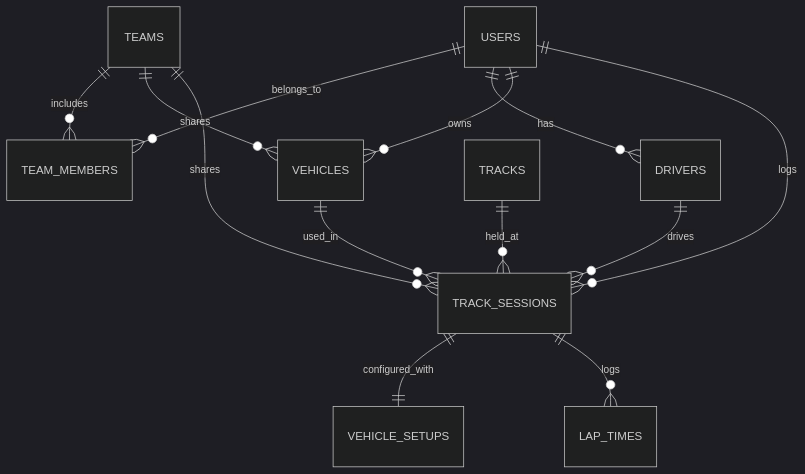
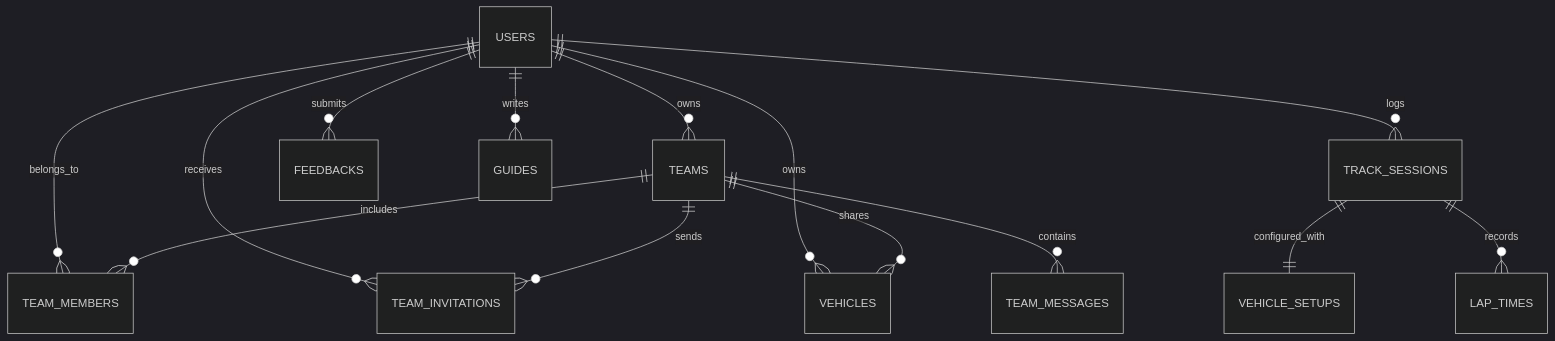
One commit to tiziyo/mylaplog changed the diagram in mylaplog_app_spec_dev_v0.8.md. Above: the diagram before and after it, drawn with Mermaid (dark theme). The commit also changed other lines of this file, not shown here.

Commit message:
docs(spec): update v0.8.5 specification with GPS timer, insights CMS, admin center, team chat, and unified routing

````diff
--- a/mylaplog_app_spec_dev_v0.8.md
+++ b/mylaplog_app_spec_dev_v0.8.md
@@ -178,15 +141,16 @@
 ```mermaid
 erDiagram
+    USERS ||--o{ TEAMS : owns
+    USERS ||--o{ TEAM_MEMBERS : belongs_to
     TEAMS ||--o{ TEAM_MEMBERS : includes
-    USERS ||--o{ TEAM_MEMBERS : belongs_to
-    USERS ||--o{ DRIVERS : has
+    USERS ||--o{ TEAM_INVITATIONS : receives
+    TEAMS ||--o{ TEAM_INVITATIONS : sends
     USERS ||--o{ VEHICLES : owns
     TEAMS ||--o{ VEHICLES : shares
     USERS ||--o{ TRACK_SESSIONS : logs
-    TEAMS ||--o{ TRACK_SESSIONS : shares
-    DRIVERS ||--o{ TRACK_SESSIONS : drives
-    VEHICLES ||--o{ TRACK_SESSIONS : used_in
-    TRACKS ||--o{ TRACK_SESSIONS : held_at
     TRACK_SESSIONS ||--|| VEHICLE_SETUPS : configured_with
-    TRACK_SESSIONS ||--o{ LAP_TIMES : logs
+    TRACK_SESSIONS ||--o{ LAP_TIMES : records
+    TEAMS ||--o{ TEAM_MESSAGES : contains
+    USERS ||--o{ FEEDBACKS : submits
+    USERS ||--o{ GUIDES : writes
 ```
````
